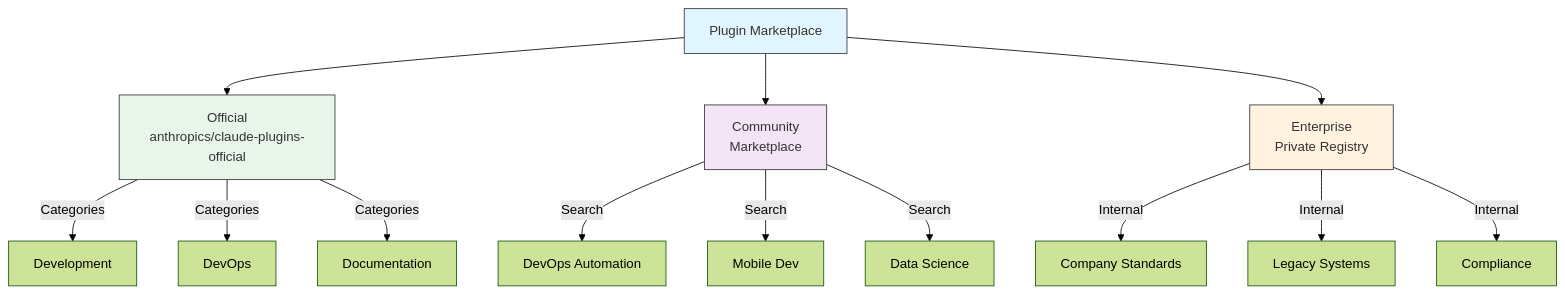
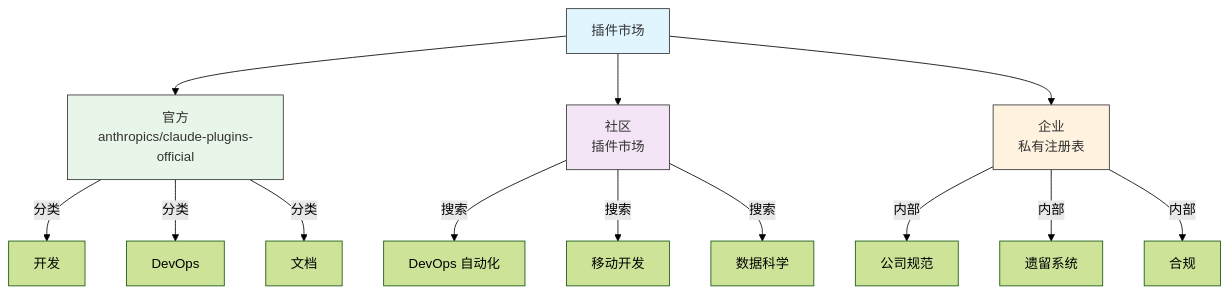
The third of 5 diagrams in 07-plugins/README.md (wgqi1126/claude-howto-zh-cn), drawn with Mermaid (forest theme) before and after one commit. The commit also changed other lines of this file and 58 other files, not shown here.

````diff
--- a/07-plugins/README.md
+++ b/07-plugins/README.md
@@ -443,28 +443,28 @@
 ```mermaid
 graph TB
-    A["Plugin Marketplace"]
-    B["Official<br/>anthropics/claude-plugins-official"]
-    C["Community<br/>Marketplace"]
-    D["Enterprise<br/>Private Registry"]
+    A["插件市场"]
+    B["官方<br/>anthropics/claude-plugins-official"]
+    C["社区<br/>插件市场"]
+    D["企业<br/>私有注册表"]
 
     A --> B
     A --> C
     A --> D
 
-    B -->|Categories| B1["Development"]
-    B -->|Categories| B2["DevOps"]
-    B -->|Categories| B3["Documentation"]
+    B -->|分类| B1["开发"]
+    B -->|分类| B2["DevOps"]
+    B -->|分类| B3["文档"]
 
-    C -->|Search| C1["DevOps Automation"]
-    C -->|Search| C2["Mobile Dev"]
-    C -->|Search| C3["Data Science"]
+    C -->|搜索| C1["DevOps 自动化"]
+    C -->|搜索| C2["移动开发"]
+    C -->|搜索| C3["数据科学"]
 
-    D -->|Internal| D1["Company Standards"]
-    D -->|Internal| D2["Legacy Systems"]
-    D -->|Internal| D3["Compliance"]
+    D -->|内部| D1["公司规范"]
+    D -->|内部| D2["遗留系统"]
+    D -->|内部| D3["合规"]
 
     style A fill:#e1f5fe,stroke:#333,color:#333
     style B fill:#e8f5e9,stroke:#333,color:#333
     style C fill:#f3e5f5,stroke:#333,color:#333
     style D fill:#fff3e0,stroke:#333,color:#333
 ```
````
